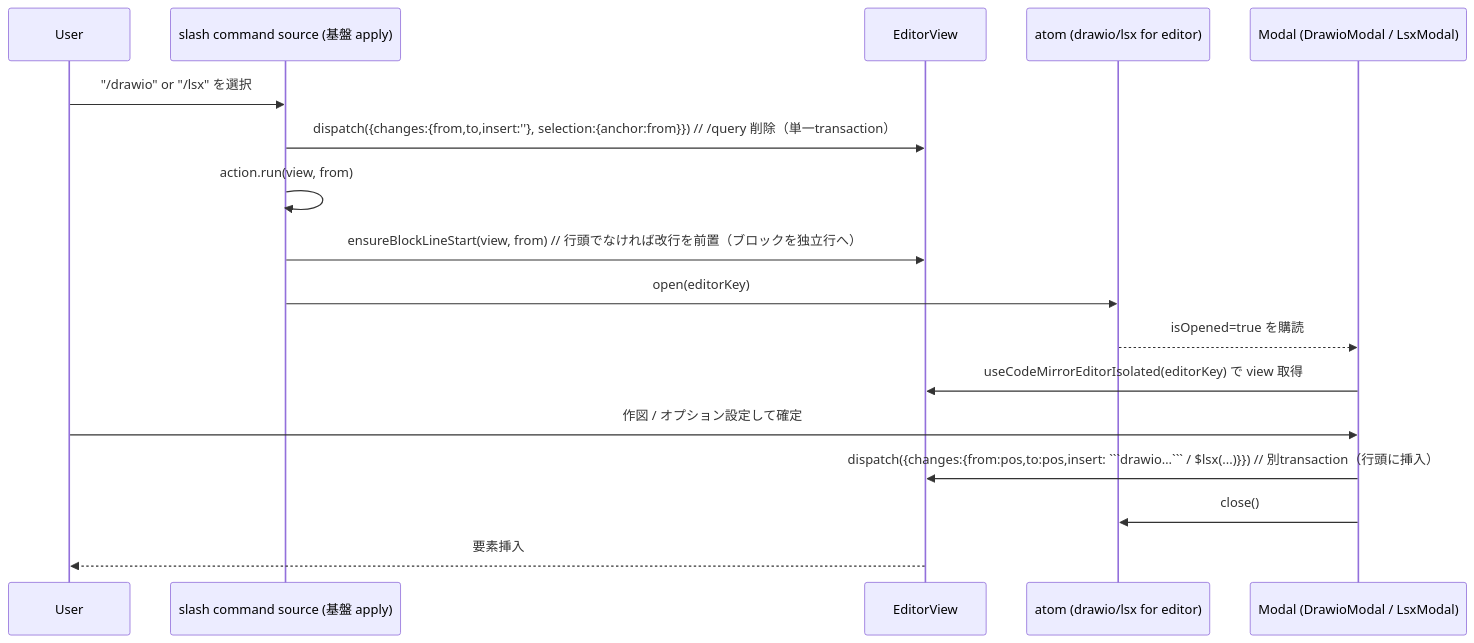
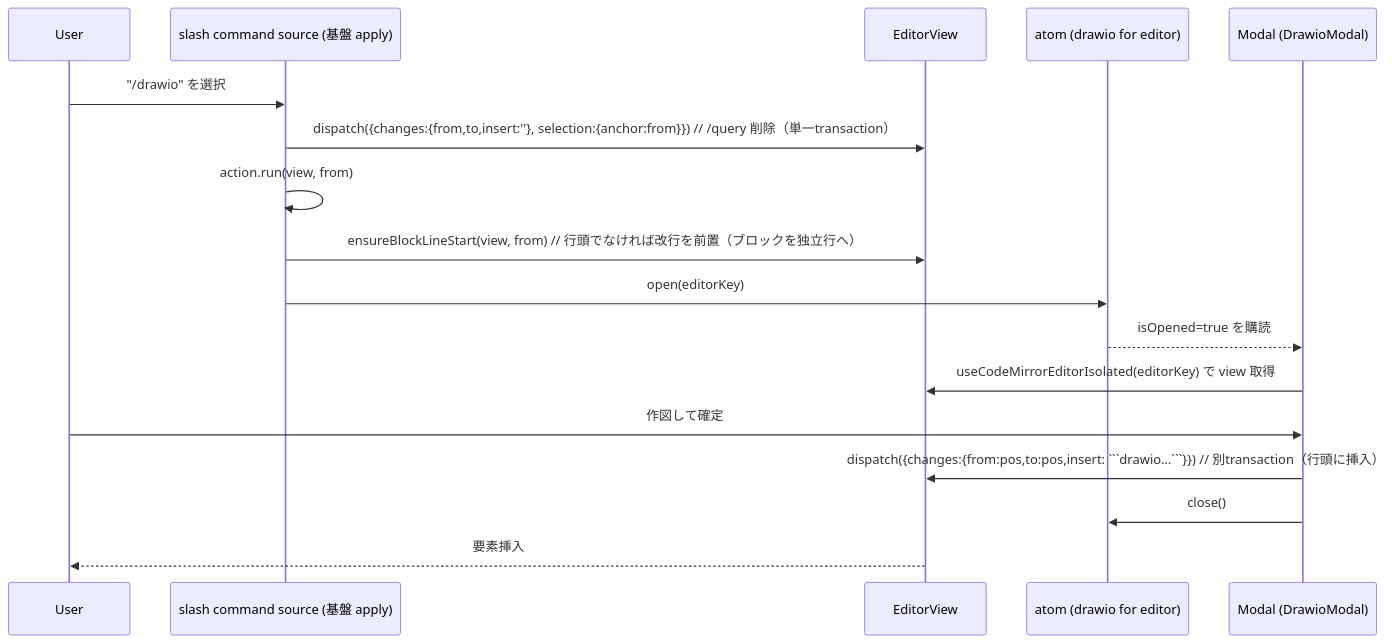
One commit to weseek/growi changed the second of 2 diagrams in .kiro/specs/editor-slash-extended-elements/design.md. Above: the diagram before and after it, drawn with Mermaid. The commit also changed other lines of this file and 5 other files, not shown here.

First line of the commit message:
docs(spec): make lsx a static $lsx() insert instead of a modal

````diff
--- a/.kiro/specs/editor-slash-extended-elements/design.md
+++ b/.kiro/specs/editor-slash-extended-elements/design.md
@@ -212,20 +199,20 @@
 ```mermaid
 sequenceDiagram
     participant U as User
     participant S as slash command source (基盤 apply)
     participant V as EditorView
-    participant A as atom (drawio/lsx for editor)
-    participant M as Modal (DrawioModal / LsxModal)
+    participant A as atom (drawio for editor)
+    participant M as Modal (DrawioModal)
 
-    U->>S: "/drawio" or "/lsx" を選択
+    U->>S: "/drawio" を選択
     S->>V: dispatch({changes:{from,to,insert:''}, selection:{anchor:from}})  // /query 削除（単一transaction）
     S->>S: action.run(view, from)
     S->>V: ensureBlockLineStart(view, from)  // 行頭でなければ改行を前置（ブロックを独立行へ）
     S->>A: open(editorKey)
     A-->>M: isOpened=true を購読
     M->>V: useCodeMirrorEditorIsolated(editorKey) で view 取得
-    U->>M: 作図 / オプション設定して確定
-    M->>V: dispatch({changes:{from:pos,to:pos,insert: ```drawio…``` / $lsx(...)}})  // 別transaction（行頭に挿入）
+    U->>M: 作図して確定
+    M->>V: dispatch({changes:{from:pos,to:pos,insert: ```drawio…```}})  // 別transaction（行頭に挿入）
     M->>A: close()
     V-->>U: 要素挿入
 ```
````
